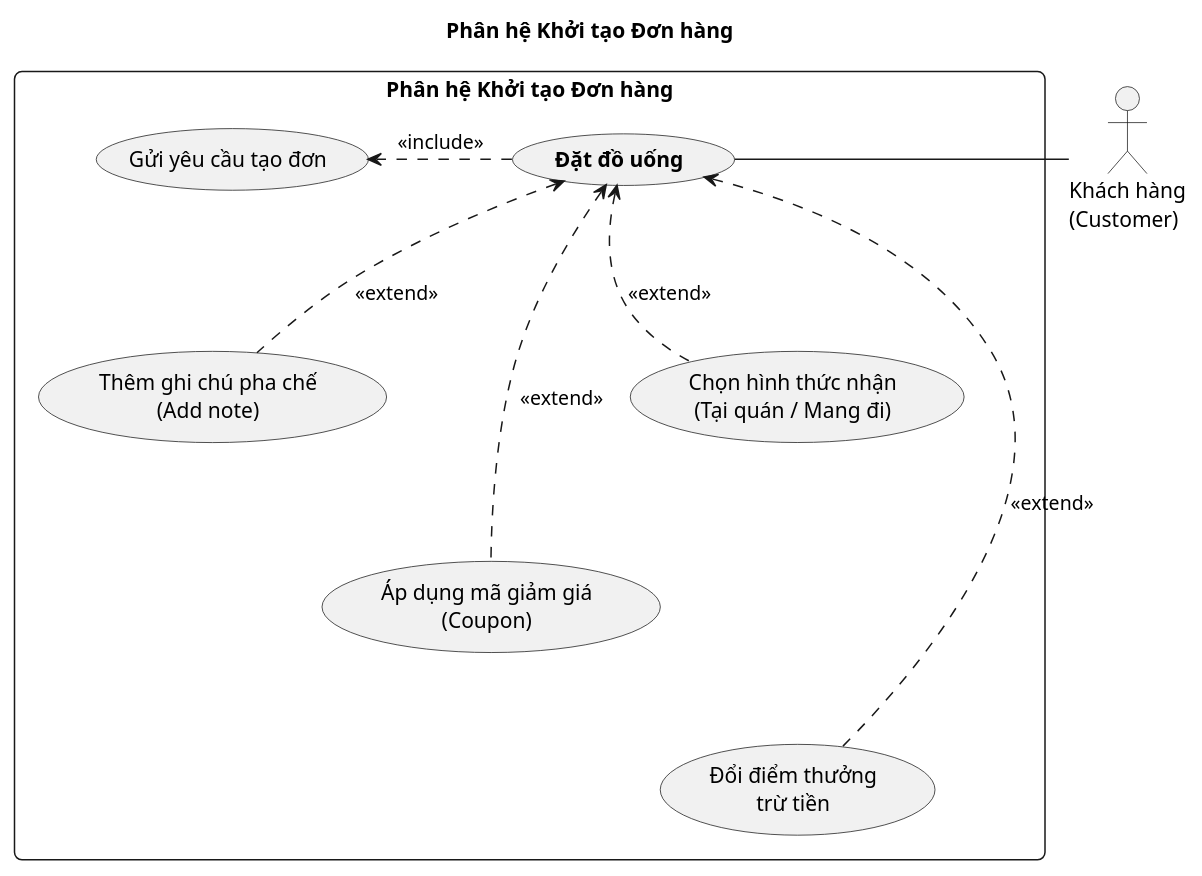
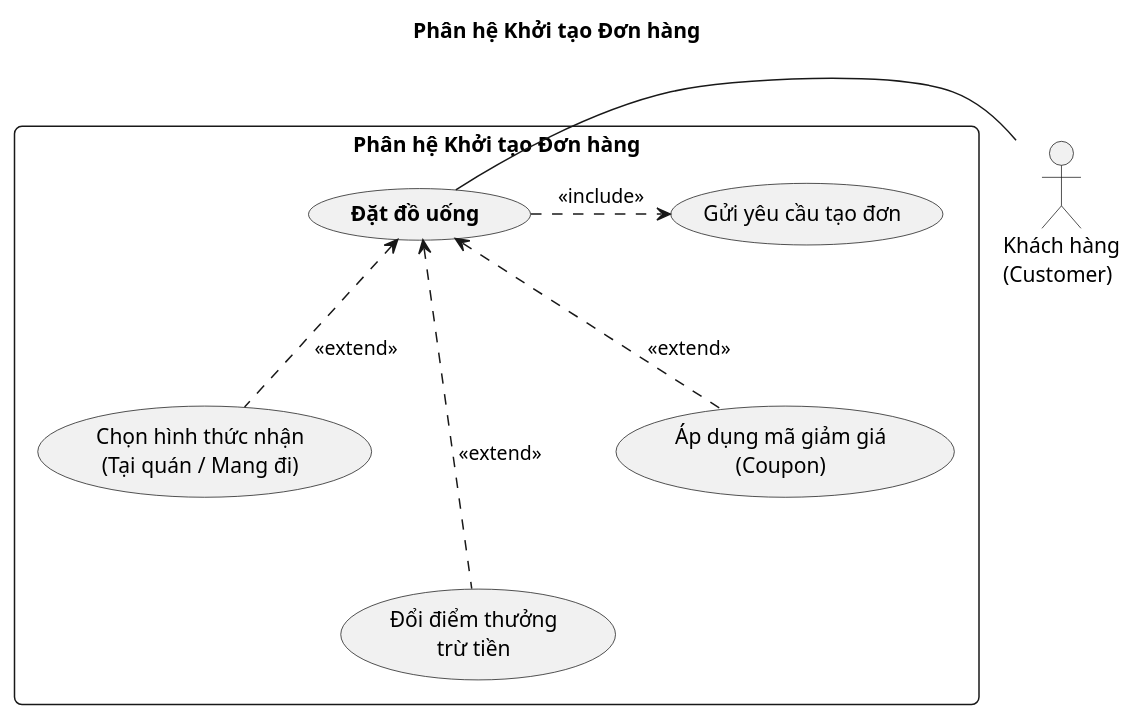
The diagram in docs/diagrams/make-order/usecasem_make_order.puml (Phuc280106/BrewLite2), drawn with PlantUML before and after one commit. The commit also changed 5 other files, not shown here.

Commit message:
docs(diagrams): cap nhat usecase va sequence cho cac phan he theo gop y review

```diff
--- a/docs/diagrams/make-order/usecasem_make_order.puml
+++ b/docs/diagrams/make-order/usecasem_make_order.puml
@@ -1,49 +1,46 @@
 @startuml usecase_make_order
 title Phân hệ Khởi tạo Đơn hàng
 
 skinparam monochrome true
 skinparam packageStyle rectangle
 skinparam shadowing false
 skinparam actorStyle stickman
 skinparam roundCorner 10
 
 ' --- Khai báo Actor (Bên trái) ---
 actor "Khách hàng\n(Customer)" as Customer
 
 ' --- Khung hệ thống (System Boundary) ---
 rectangle "Phân hệ Khởi tạo Đơn hàng" {
 
     ' Cột bên trái
     usecase "<b>Đặt đồ uống</b>" as UC_MakeOrder
     usecase "Chọn hình thức nhận\n(Tại quán / Mang đi)" as UC_OrderType
 
-    ' Cột bên phải (4 Use Case xếp dọc)
+    ' Cột bên phải (3 Use Case xếp dọc)
     usecase "Gửi yêu cầu tạo đơn" as UC_Submit
-    usecase "Thêm ghi chú pha chế\n(Add note)" as UC_Note
     usecase "Áp dụng mã giảm giá\n(Coupon)" as UC_Coupon
     usecase "Đổi điểm thưởng\ntrừ tiền" as UC_Redeem
 
-    ' --- Khóa vị trí cột bên phải (thẳng đứng từ trên xuống) ---
-    UC_Submit -[hidden]down-> UC_Note
-    UC_Note -[hidden]down-> UC_Coupon
+    ' --- Khóa vị trí cột bên phải ---
+    UC_Submit -[hidden]down-> UC_Coupon
     UC_Coupon -[hidden]down-> UC_Redeem
 
-    ' --- Khóa vị trí cột bên trái (Đặt đồ uống ở trên, Hình thức nhận ở dưới) ---
+    ' --- Khóa vị trí cột bên trái ---
     UC_MakeOrder -[hidden]down-> UC_OrderType
 
     ' --- Cân bằng vị trí giữa 2 cột ---
-    UC_MakeOrder -[hidden]right-> UC_Note
+    UC_MakeOrder -[hidden]right-> UC_Submit
     UC_OrderType -[hidden]right-> UC_Redeem
 
-    ' --- Các đường kết nối (Đúng chuẩn cú pháp PlantUML) ---
+    ' --- Các đường kết nối ---
     UC_MakeOrder .> UC_Submit : <<include>>
-    UC_Note .left.> UC_MakeOrder : <<extend>>
     UC_Coupon .left.> UC_MakeOrder : <<extend>>
     UC_Redeem .left.> UC_MakeOrder : <<extend>>
     UC_OrderType .up.> UC_MakeOrder : <<extend>>
 }
 
 ' Đường nối ngang từ Khách hàng vào Đặt đồ uống
 Customer -right- UC_MakeOrder
 
 @enduml
```
